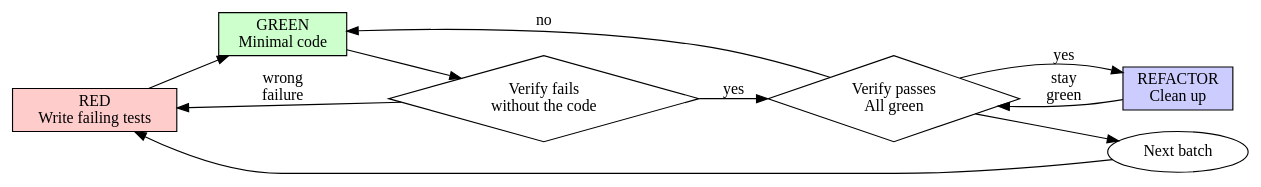
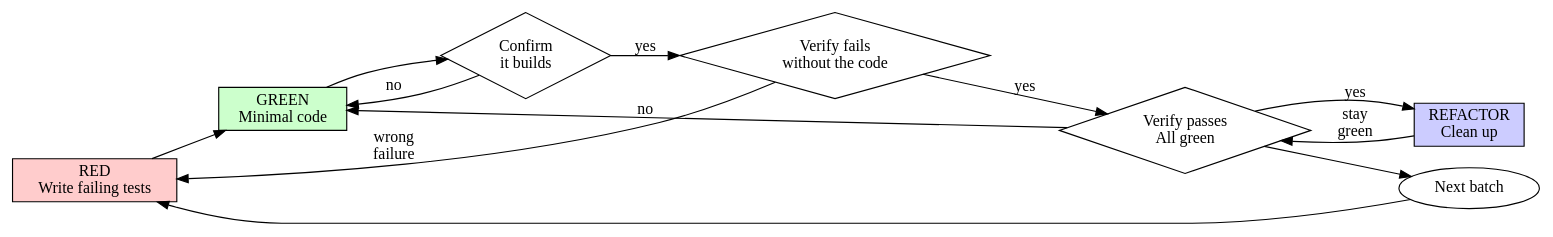
Before and after one commit to xaionaro/.config-omp: the diagram in agent/skills/test-driven-development/SKILL.md, drawn with Graphviz. The commit also changed other lines of this file and 3 other files, not shown here.

````diff
--- a/agent/skills/test-driven-development/SKILL.md
+++ b/agent/skills/test-driven-development/SKILL.md
@@ -51,21 +66,24 @@
 ```dot
 digraph tdd_cycle {
     rankdir=LR;
     red [label="RED\nWrite failing tests", shape=box, style=filled, fillcolor="#ffcccc"];
     green [label="GREEN\nMinimal code", shape=box, style=filled, fillcolor="#ccffcc"];
+    build [label="Confirm\nit builds", shape=diamond];
     verify_red [label="Verify fails\nwithout the code", shape=diamond];
     verify_green [label="Verify passes\nAll green", shape=diamond];
     refactor [label="REFACTOR\nClean up", shape=box, style=filled, fillcolor="#ccccff"];
     next [label="Next batch", shape=ellipse];
 
     red -> green;
-    green -> verify_red;
+    green -> build;
+    build -> verify_red [label="yes"];
+    build -> green [label="no"];
     verify_red -> verify_green [label="yes"];
     verify_red -> red [label="wrong\nfailure"];
     verify_green -> refactor [label="yes"];
     verify_green -> green [label="no"];
     refactor -> verify_green [label="stay\ngreen"];
     verify_green -> next;
     next -> red;
 }
 ```
````
